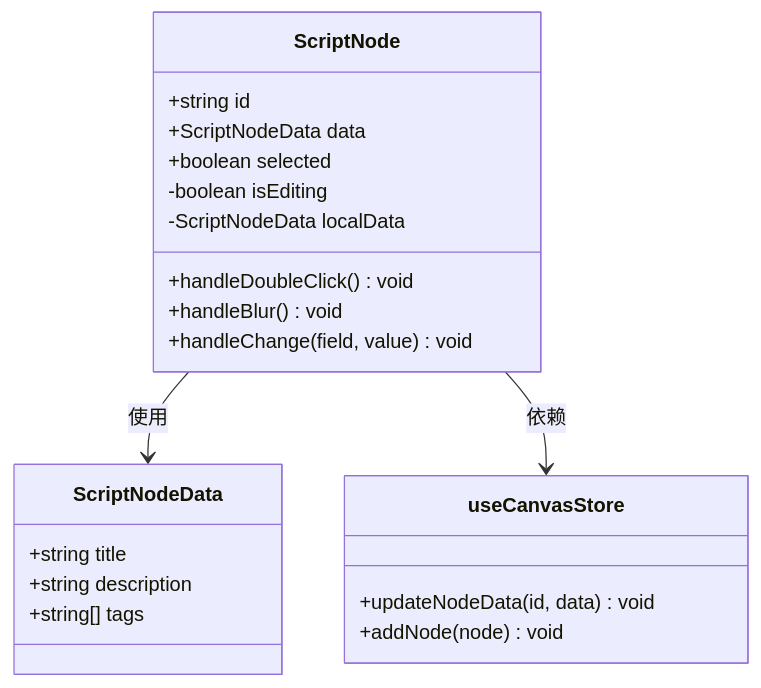
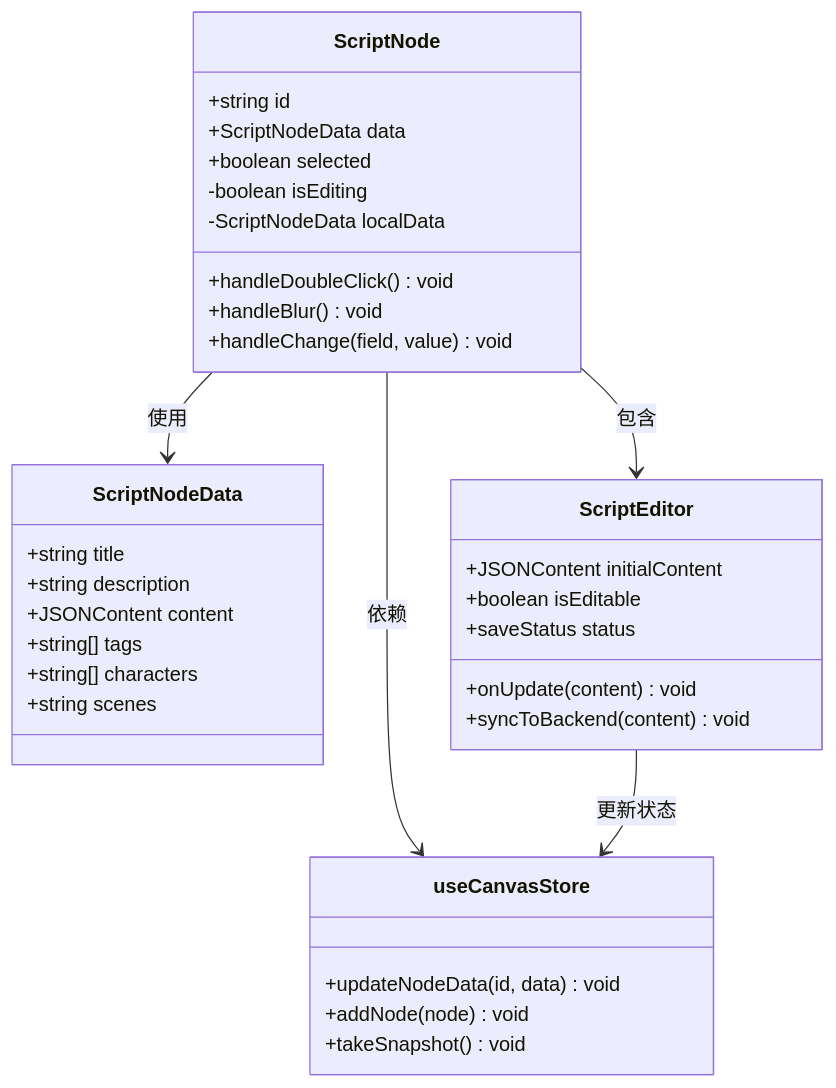
One commit to KunLabAI/KunFlix changed the third of 11 diagrams in .qoder/repowiki/zh/content/系统架构/前端架构/画布故事编辑器.md. Above: the diagram before and after it, drawn with Mermaid. The commit also changed other lines of this file and 155 other files, not shown here.

````diff
--- a/.qoder/repowiki/zh/content/系统架构/前端架构/画布故事编辑器.md
+++ b/.qoder/repowiki/zh/content/系统架构/前端架构/画布故事编辑器.md
@@ -134,24 +170,37 @@
 ```mermaid
 classDiagram
 class ScriptNode {
 +string id
 +ScriptNodeData data
 +boolean selected
 -boolean isEditing
 -ScriptNodeData localData
 +handleDoubleClick() void
 +handleBlur() void
 +handleChange(field, value) void
 }
 class ScriptNodeData {
 +string title
 +string description
++JSONContent content
 +string[] tags
++string[] characters
++string scenes
+}
+class ScriptEditor {
++JSONContent initialContent
++boolean isEditable
++onUpdate(content) void
++saveStatus status
++syncToBackend(content) void
 }
 class useCanvasStore {
 +updateNodeData(id, data) void
 +addNode(node) void
++takeSnapshot() void
 }
 ScriptNode --> ScriptNodeData : 使用
+ScriptNode --> ScriptEditor : 包含
 ScriptNode --> useCanvasStore : 依赖
+ScriptEditor --> useCanvasStore : 更新状态
 ```
````
